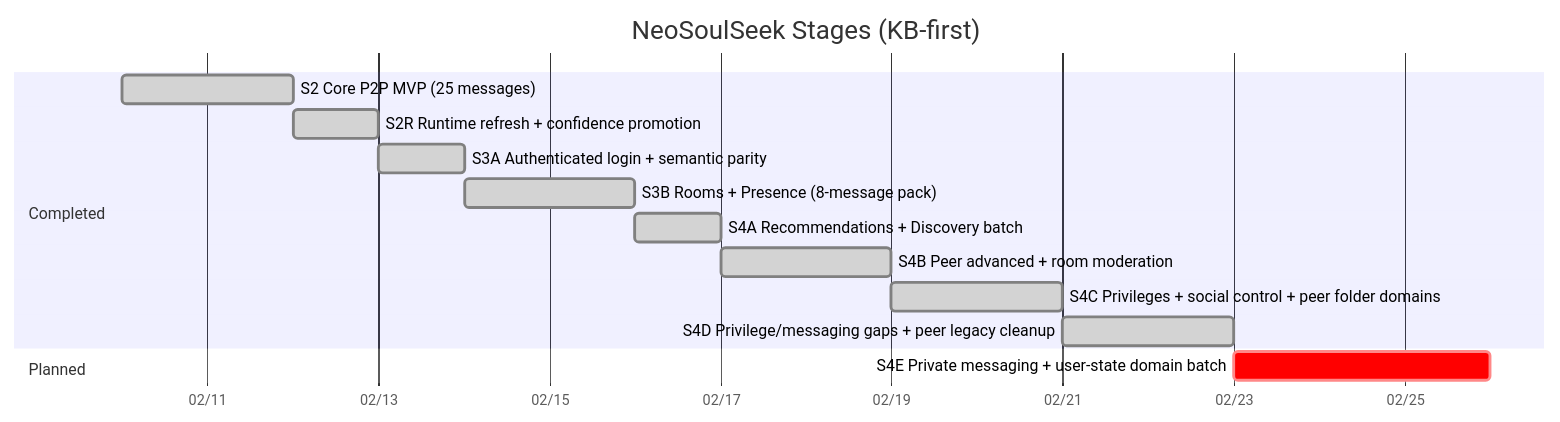
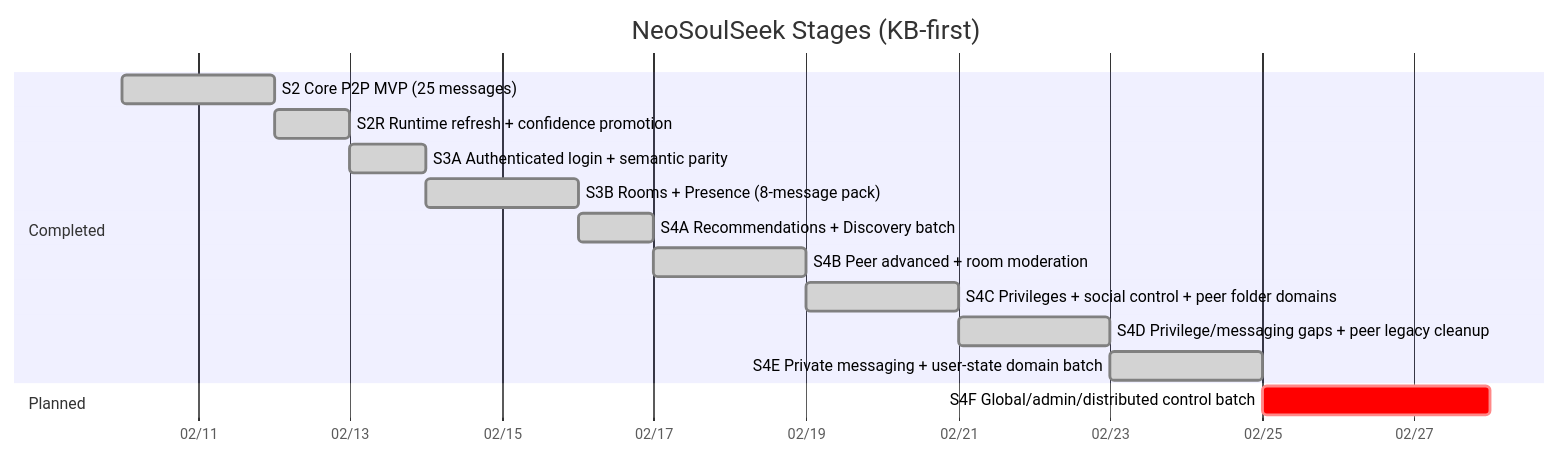
The first of 5 diagrams in docs/state/roadmap.md (fedejinich/nss), drawn with Mermaid before and after one commit. The commit also changed other lines of this file and 43 other files, not shown here.

````diff
--- a/docs/state/roadmap.md
+++ b/docs/state/roadmap.md
@@ -9,17 +9,18 @@
 ```mermaid
 gantt
     title NeoSoulSeek Stages (KB-first)
     dateFormat  YYYY-MM-DD
     axisFormat  %m/%d
     section Completed
     S2 Core P2P MVP (25 messages) :done, s2, 2026-02-10, 2d
     S2R Runtime refresh + confidence promotion :done, s2r, after s2, 1d
     S3A Authenticated login + semantic parity :done, s3a, after s2r, 1d
     S3B Rooms + Presence (8-message pack) :done, s3b, 2026-02-14, 2d
     S4A Recommendations + Discovery batch :done, s4a, after s3b, 1d
     S4B Peer advanced + room moderation :done, s4b, after s4a, 2d
     S4C Privileges + social control + peer folder domains :done, s4c, after s4b, 2d
     S4D Privilege/messaging gaps + peer legacy cleanup :done, s4d, after s4c, 2d
+    S4E Private messaging + user-state domain batch :done, s4e, after s4d, 2d
     section Planned
-    S4E Private messaging + user-state domain batch :crit, s4e, after s4d, 3d
+    S4F Global/admin/distributed control batch :crit, s4f, after s4e, 3d
 ```
````
